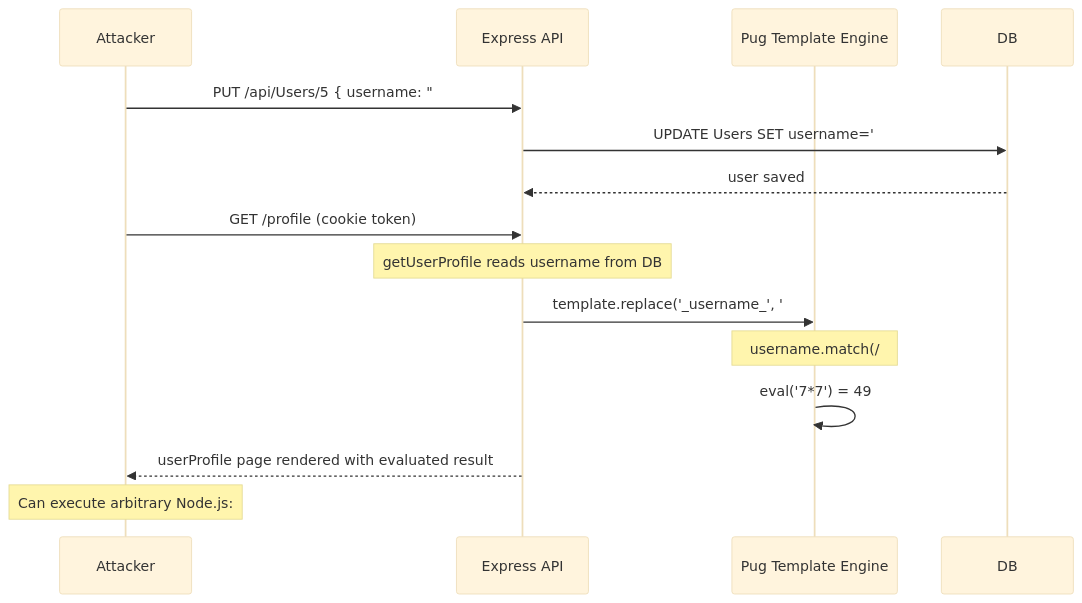
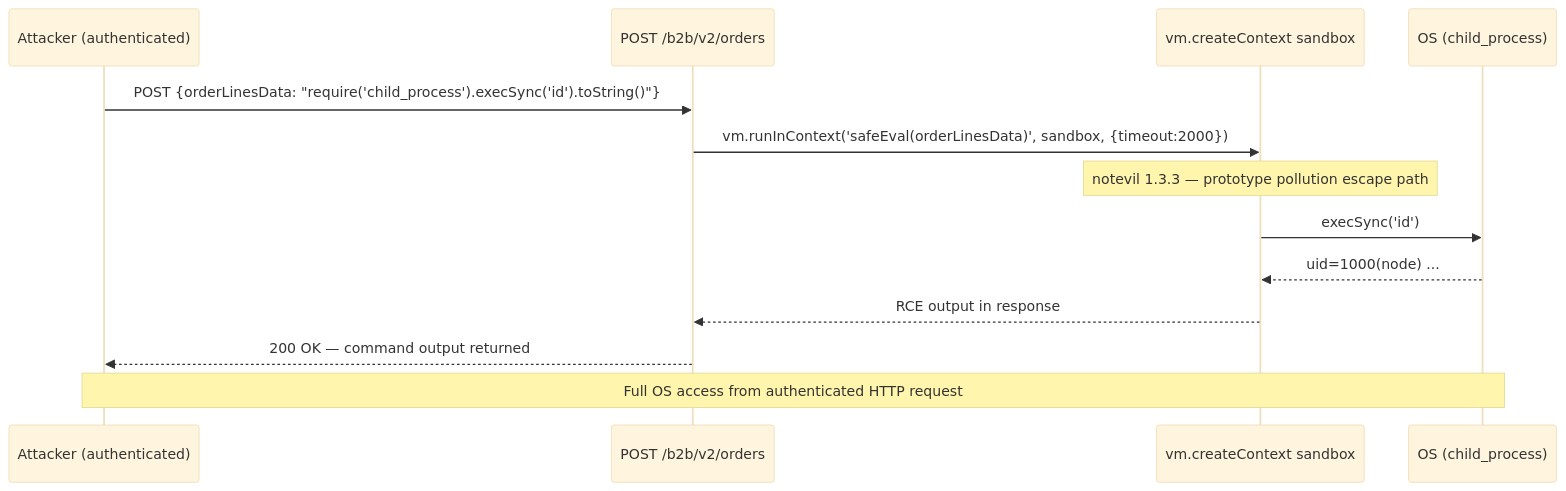
Before and after one commit to appsec-foundry/appsec-advisor: the tenth of 10 diagrams in examples/juice-shop/threat-model-sonnet.md, drawn with Mermaid (base theme). The commit also changed other lines of this file and 14 other files, not shown here.

````diff
--- a/examples/juice-shop/threat-model-sonnet.md
+++ b/examples/juice-shop/threat-model-sonnet.md
@@ -424,18 +758,16 @@
 ```mermaid
 sequenceDiagram
-    participant A as Attacker
-    participant API as Express API
-    participant PUG as Pug Template Engine
+    participant ATK as Attacker (authenticated)
+    participant B2B as POST /b2b/v2/orders
+    participant VM as vm.createContext sandbox
+    participant OS as OS (child_process)
 
-    A->>API: PUT /api/Users/5 { username: "#{7*7}" } (JWT authenticated)
-    API->>DB: UPDATE Users SET username='#{7*7}' WHERE id=5
-    DB-->>API: user saved
-
-    A->>API: GET /profile (cookie token)
-    Note over API: getUserProfile reads username from DB
-    API->>PUG: template.replace('_username_', '#{7*7}')
-    Note over PUG: username.match(/#{(.*)}/) matches - eval() called!
-    PUG->>PUG: eval('7*7') = 49
-    API-->>A: userProfile page rendered with evaluated result
-    Note over A: Can execute arbitrary Node.js: #{require('child_process').exec('id')}
+    ATK->>B2B: POST {orderLinesData: "require('child_process').execSync('id').toString()"}
+    B2B->>VM: vm.runInContext('safeEval(orderLinesData)', sandbox, {timeout:2000})
+    Note over VM: notevil 1.3.3 — prototype pollution escape path
+    VM->>OS: execSync('id')
+    OS-->>VM: uid=1000(node) ...
+    VM-->>B2B: RCE output in response
+    B2B-->>ATK: 200 OK — command output returned
+    Note over ATK,OS: Full OS access from authenticated HTTP request
 ```
````
